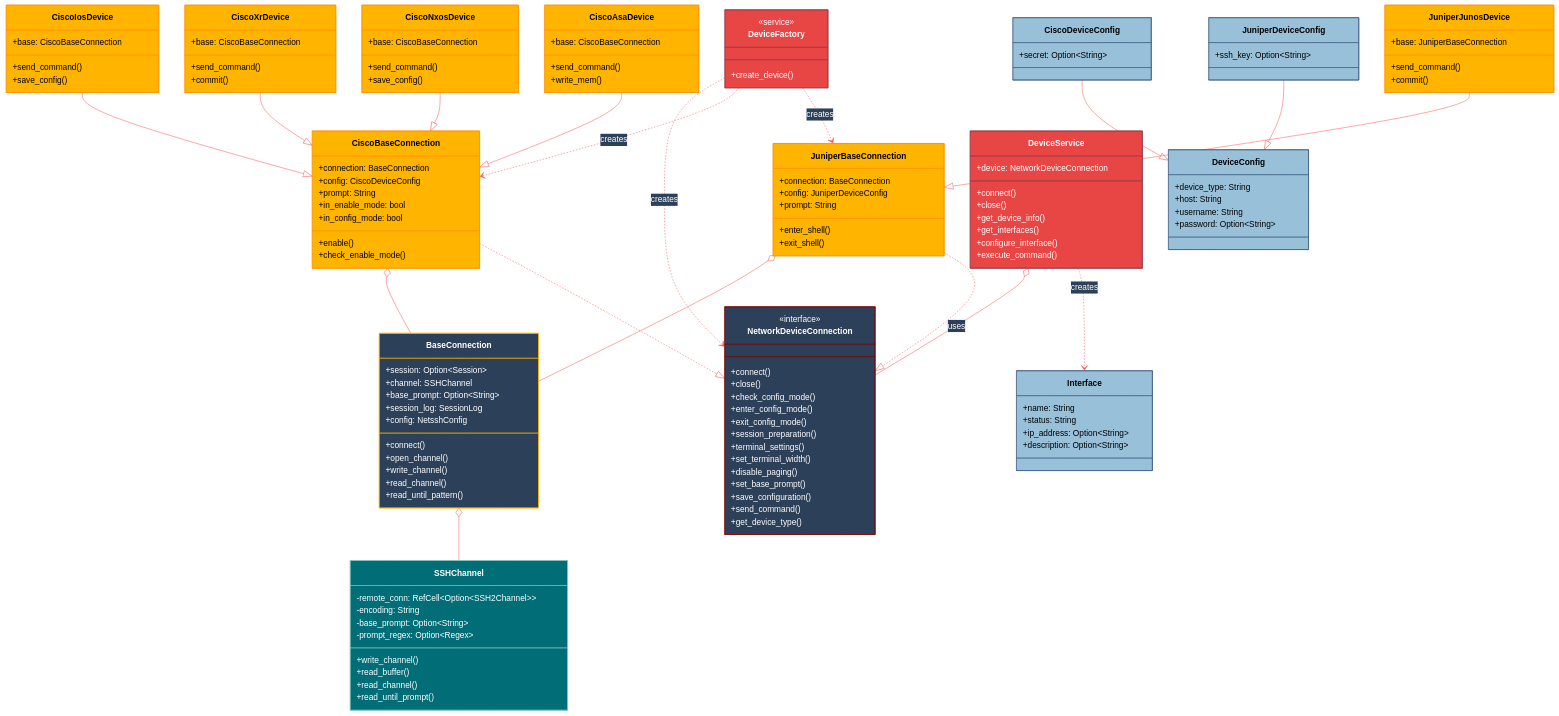
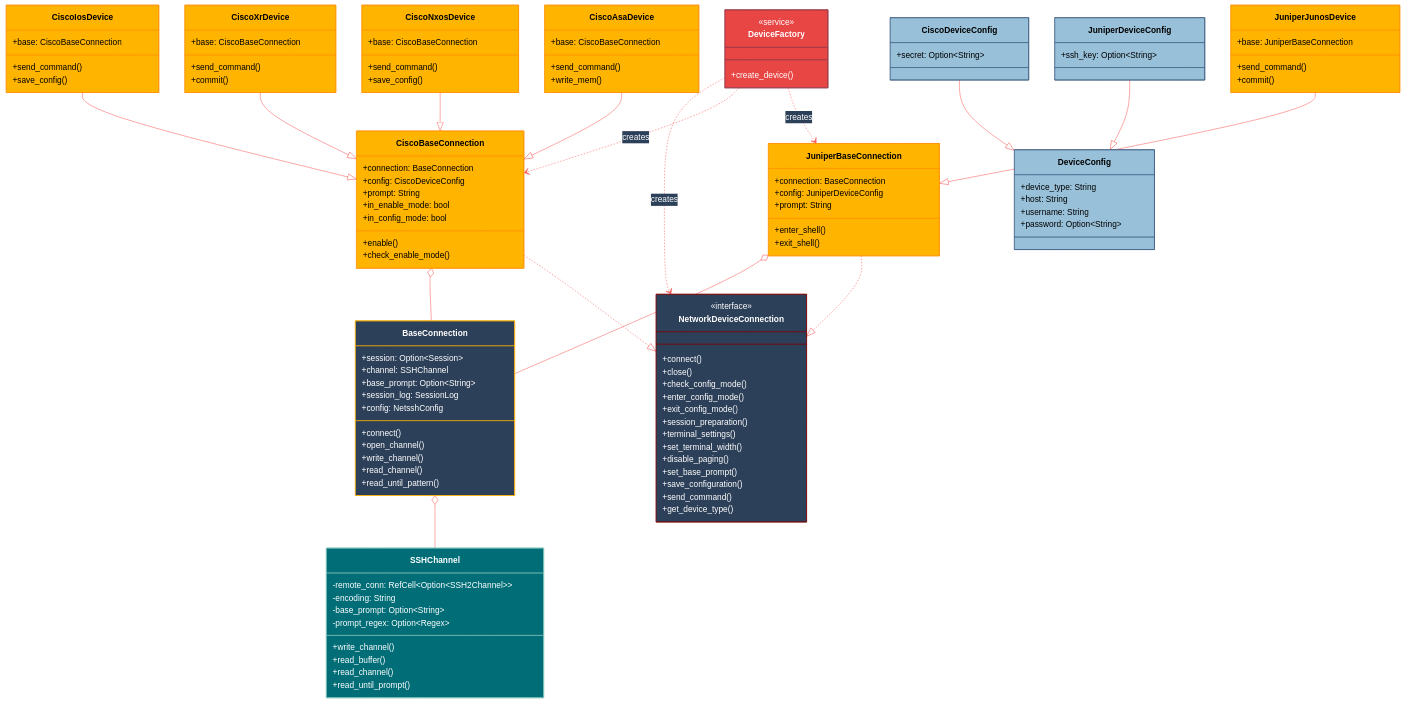
One commit to moimran/netssh-rs changed the diagram in docs/architecture_colored.md. Above: the diagram before and after it, drawn with Mermaid. The commit also changed other lines of this file and 12 other files, not shown here.

```diff
--- a/docs/architecture_colored.md
+++ b/docs/architecture_colored.md
@@ -129,23 +129,7 @@
         +ssh_key: Option~String~
     }
 
-    %% Service Classes
-    class DeviceService:::serviceClass {
-        +device: NetworkDeviceConnection
-        +connect()
-        +close()
-        +get_device_info()
-        +get_interfaces()
-        +configure_interface()
-        +execute_command()
-    }
 
-    class Interface:::dataClass {
-        +name: String
-        +status: String
-        +ip_address: Option~String~
-        +description: Option~String~
-    }
 
     %% Relationships
     BaseConnection o-- SSHChannel
@@ -166,9 +150,6 @@
     DeviceFactory ..> CiscoBaseConnection : creates
     DeviceFactory ..> JuniperBaseConnection : creates
     
-    DeviceService o-- NetworkDeviceConnection : uses
-    DeviceService ..> Interface : creates
-    
     CiscoDeviceConfig --|> DeviceConfig
     JuniperDeviceConfig --|> DeviceConfig
 
```
